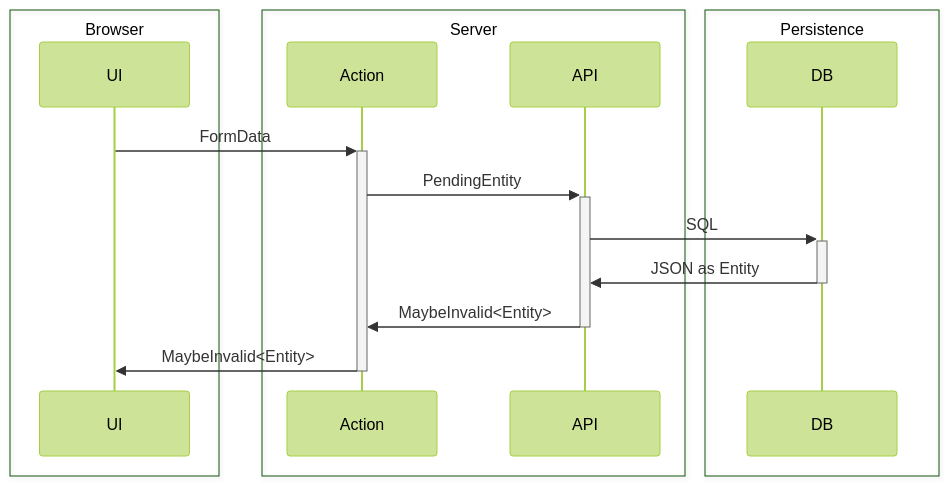
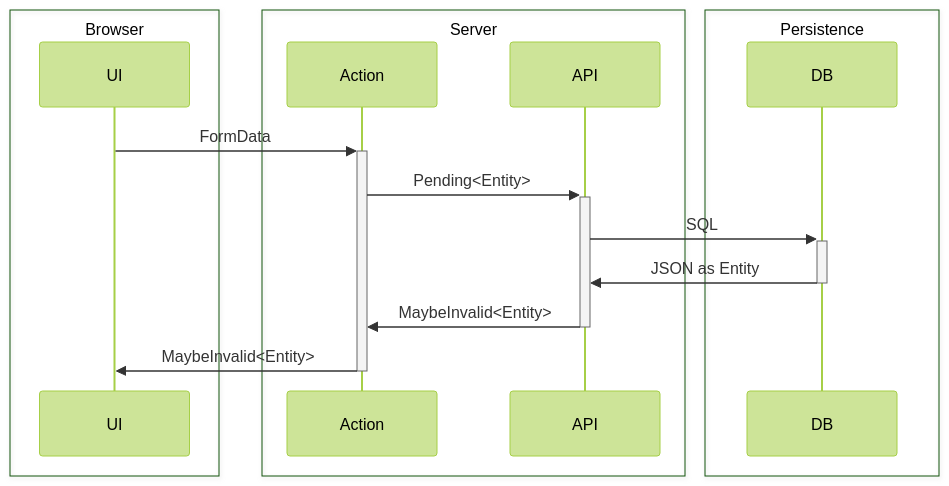
Before and after one commit to jmakeig/workout-builder-ai: the diagram in .claude/commands/crud.md, drawn with Mermaid (forest theme). The commit also changed other lines of this file, not shown here.

Commit message:
Adds slug logic and corrects some HTML entity double encoding issues

````diff
--- a/.claude/commands/crud.md
+++ b/.claude/commands/crud.md
@@ -24,25 +24,25 @@
 ```mermaid
 sequenceDiagram
     participant UI
     participant Action
     participant API
     participant DB
     box Browser
         participant UI
     end
     box Server
         participant Action
         participant API
     end
     box Persistence
         participant DB
     end
 
 
     UI->>+Action: FormData
-    Action->>+API: PendingEntity
+    Action->>+API: Pending<Entity>
     API->>+DB: SQL
     DB->>-API: JSON as Entity
     API->>-Action: MaybeInvalid<Entity>
     Action->>-UI: MaybeInvalid<Entity>
 ```
````
